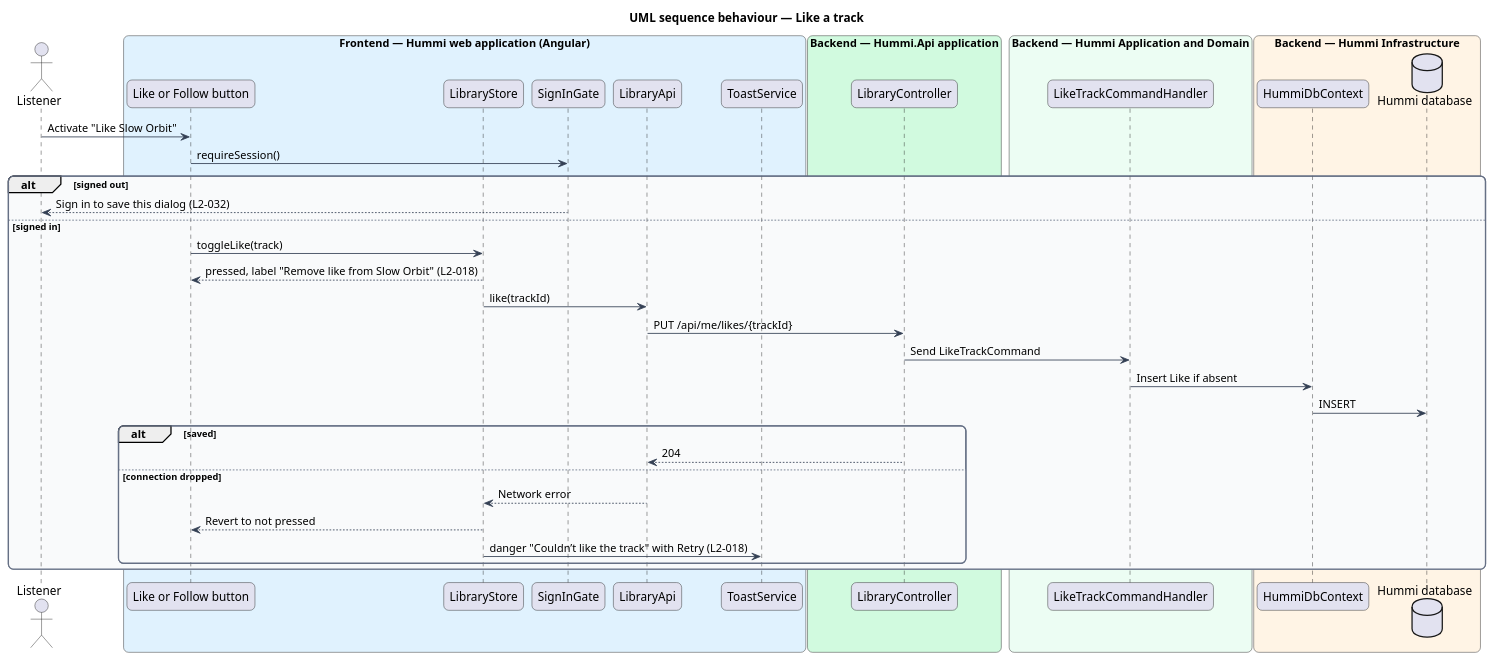
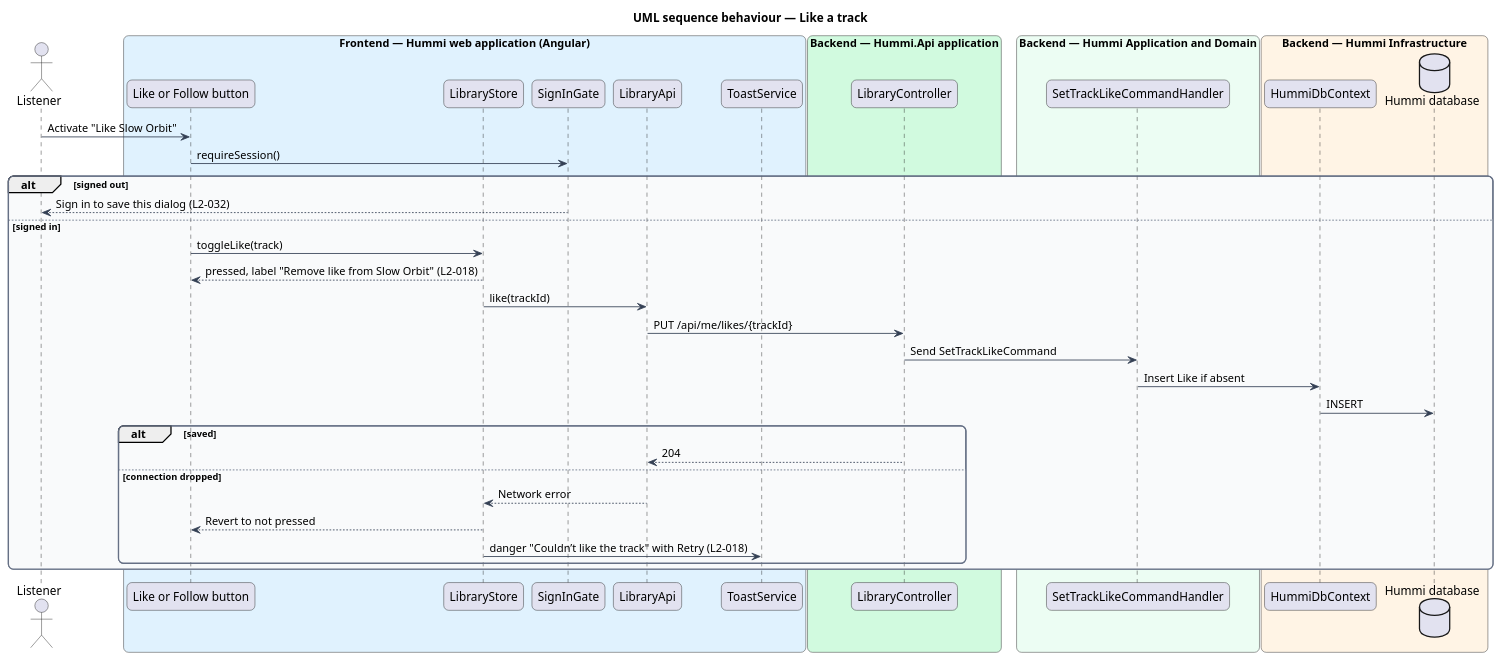
One commit to QuinntyneBrown/hummi changed the diagram in docs/detailed-designs/library/like-and-follow/diagrams/sequence-like.puml. Above: the diagram before and after it, drawn with PlantUML. The commit also changed 87 other files, not shown here.

```diff
--- a/docs/detailed-designs/library/like-and-follow/diagrams/sequence-like.puml
+++ b/docs/detailed-designs/library/like-and-follow/diagrams/sequence-like.puml
@@ -1,55 +1,55 @@
 @startuml
 title UML sequence behaviour — Like a track
 skinparam backgroundColor #FFFFFF
 skinparam shadowing false
 skinparam roundcorner 12
 skinparam defaultFontName Arial
 skinparam ArrowColor #344054
 skinparam rectangle {
   BorderColor #344054
   FontColor #101828
 }
 skinparam package {
   BorderColor #667085
   FontColor #101828
   BackgroundColor #F9FAFB
 }
 actor "Listener" as u
 box "Frontend — Hummi web application (Angular)" #E0F2FE
   participant "Like or Follow button" as btn
   participant "LibraryStore" as store
   participant "SignInGate" as gate
   participant "LibraryApi" as client
   participant "ToastService" as toast
 end box
 box "Backend — Hummi.Api application" #D1FADF
   participant "LibraryController" as ctl
 end box
 box "Backend — Hummi Application and Domain" #ECFDF3
-  participant "LikeTrackCommandHandler" as cmd
+  participant "SetTrackLikeCommandHandler" as cmd
 end box
 box "Backend — Hummi Infrastructure" #FFF4E5
   participant "HummiDbContext" as ctx
   database "Hummi database" as db
 end box
 u -> btn : Activate "Like Slow Orbit"
 btn -> gate : requireSession()
 alt signed out
   gate --> u : Sign in to save this dialog (L2-032)
 else signed in
   btn -> store : toggleLike(track)
   store --> btn : pressed, label "Remove like from Slow Orbit" (L2-018)
   store -> client : like(trackId)
   client -> ctl : PUT /api/me/likes/{trackId}
-  ctl -> cmd : Send LikeTrackCommand
+  ctl -> cmd : Send SetTrackLikeCommand
   cmd -> ctx : Insert Like if absent
   ctx -> db : INSERT
   alt saved
     ctl --> client : 204
   else connection dropped
     client --> store : Network error
     store --> btn : Revert to not pressed
     store -> toast : danger "Couldn’t like the track" with Retry (L2-018)
   end
 end
 @enduml
```
